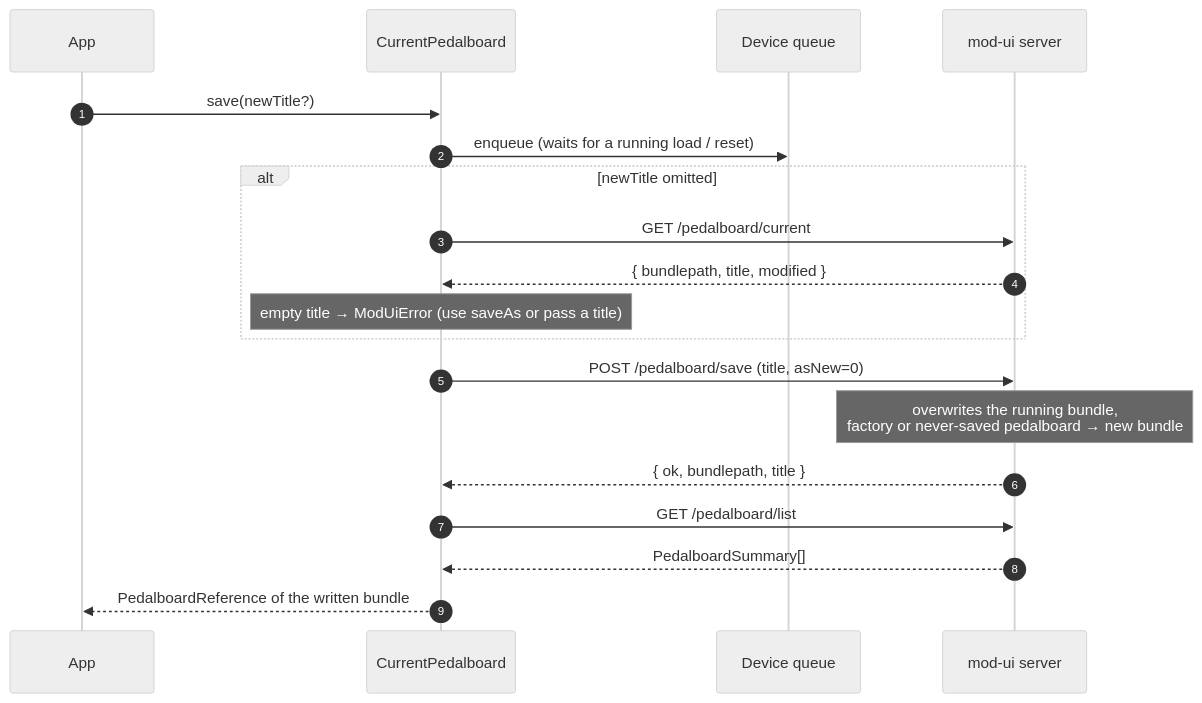
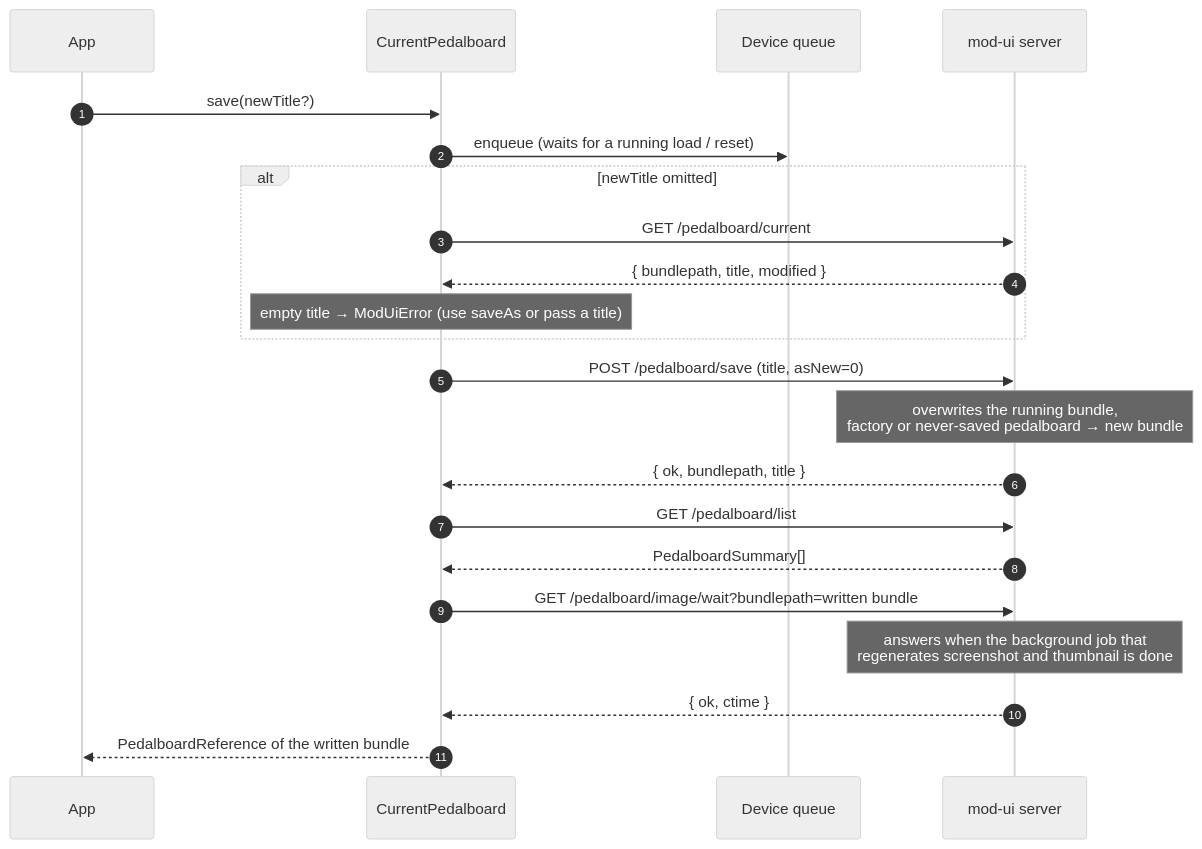
Before and after one commit to SrMouraSilva/mod-ui-old: the sixth of 12 diagrams in docs/modui-client.md, drawn with Mermaid (neutral theme). The commit also changed other lines of this file and 14 other files, not shown here.

````diff
--- a/docs/modui-client.md
+++ b/docs/modui-client.md
@@ -450,22 +487,25 @@
 ```mermaid
 sequenceDiagram
   autonumber
   participant App
   participant CP as CurrentPedalboard
   participant D as Device queue
   participant S as mod-ui server
 
   App->>CP: save(newTitle?)
   CP->>D: enqueue (waits for a running load / reset)
   alt newTitle omitted
     CP->>S: GET /pedalboard/current
     S-->>CP: { bundlepath, title, modified }
     Note over CP: empty title → ModUiError (use saveAs or pass a title)
   end
   CP->>S: POST /pedalboard/save (title, asNew=0)
   Note over S: overwrites the running bundle,<br/>factory or never-saved pedalboard → new bundle
   S-->>CP: { ok, bundlepath, title }
   CP->>S: GET /pedalboard/list
   S-->>CP: PedalboardSummary[]
+  CP->>S: GET /pedalboard/image/wait?bundlepath=written bundle
+  Note over S: answers when the background job that<br/>regenerates screenshot and thumbnail is done
+  S-->>CP: { ok, ctime }
   CP-->>App: PedalboardReference of the written bundle
 ```
````
